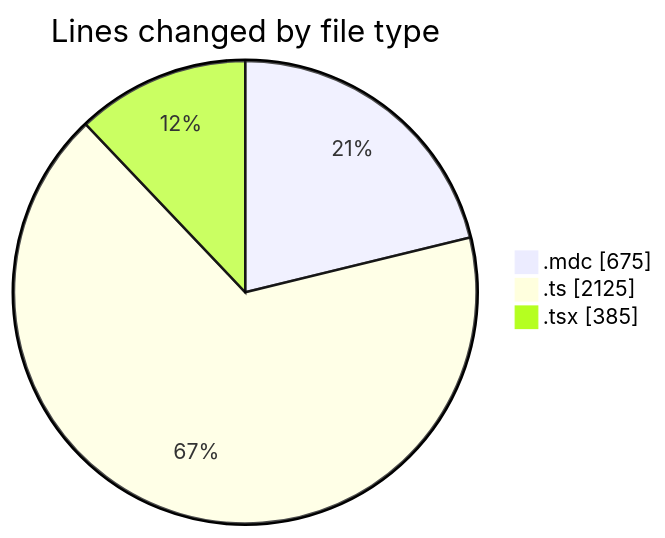
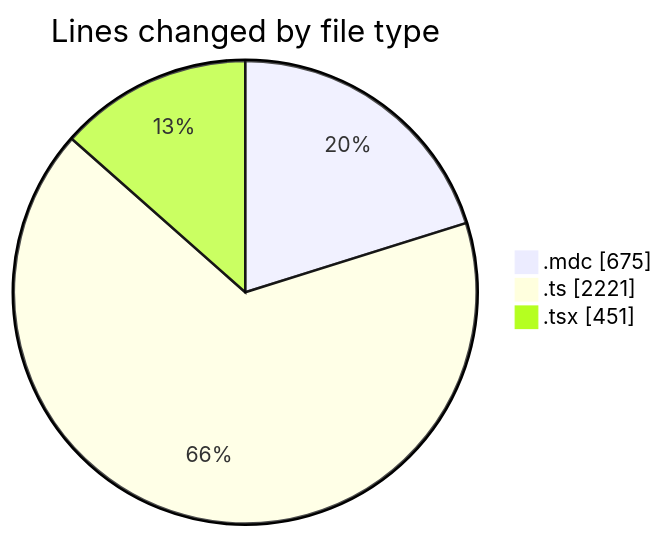
The first of 2 diagrams in 2025-06-05/ecodeli-1/README.md (CELIANVF/code-tracking), drawn with Mermaid before and after one commit. The commit also changed other lines of this file and 1 other file, not shown here.

````diff
--- a/2025-06-05/ecodeli-1/README.md
+++ b/2025-06-05/ecodeli-1/README.md
@@ -30,7 +30,7 @@
 ```mermaid
 pie showData
 title Lines changed by file type
 ".mdc" : 675
-".ts" : 2125
-".tsx" : 385
+".ts" : 2221
+".tsx" : 451
 ```
````
